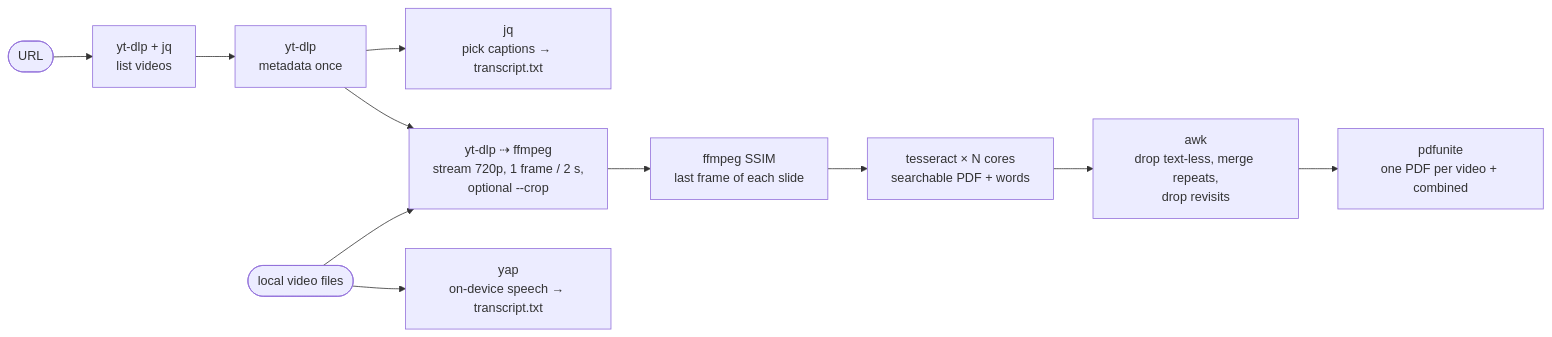
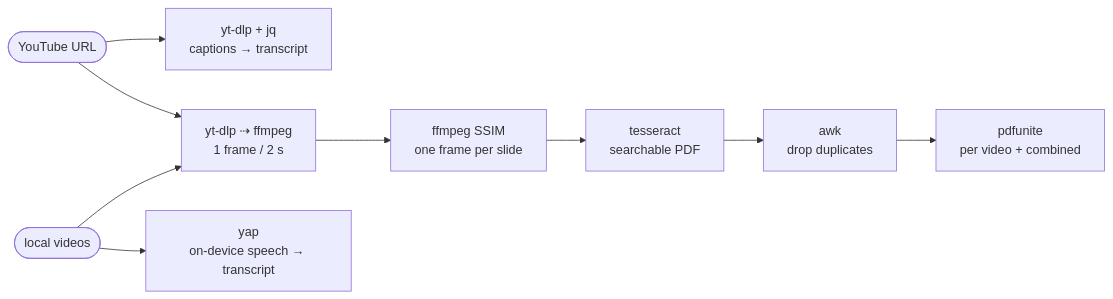
One commit to jcxk/video2info changed the diagram in README.md. Above: the diagram before and after it, drawn with Mermaid. The commit also changed other lines of this file, not shown here.

Commit message:
docs: minimal README covering YouTube and local videos

````diff
--- a/README.md
+++ b/README.md
@@ -10,13 +5,11 @@
 ```mermaid
 flowchart LR
-    U([URL]) --> E[yt-dlp + jq<br/>list videos]
-    E --> M[yt-dlp<br/>metadata once]
-    M --> T[jq<br/>pick captions → transcript.txt]
-    M --> S[yt-dlp ⇢ ffmpeg<br/>stream 720p, 1 frame / 2 s,<br/>optional --crop]
-    F([local video files]) --> Y[yap<br/>on-device speech → transcript.txt]
+    U([YouTube URL]) --> C[yt-dlp + jq<br/>captions → transcript]
+    U --> S[yt-dlp ⇢ ffmpeg<br/>1 frame / 2 s]
+    F([local videos]) --> Y[yap<br/>on-device speech → transcript]
     F --> S
-    S --> X[ffmpeg SSIM<br/>last frame of each slide]
-    X --> O[tesseract × N cores<br/>searchable PDF + words]
-    O --> W[awk<br/>drop text-less, merge repeats,<br/>drop revisits]
-    W --> P[pdfunite<br/>one PDF per video + combined]
+    S --> X[ffmpeg SSIM<br/>one frame per slide]
+    X --> O[tesseract<br/>searchable PDF]
+    O --> W[awk<br/>drop duplicates]
+    W --> P[pdfunite<br/>per video + combined]
 ```
````
